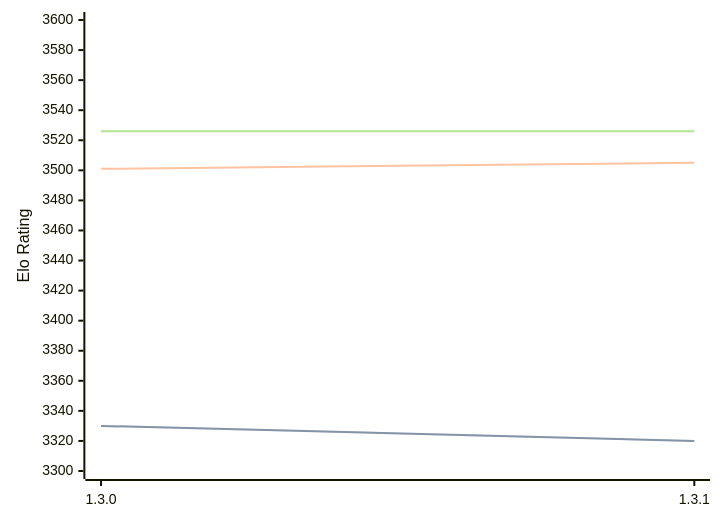
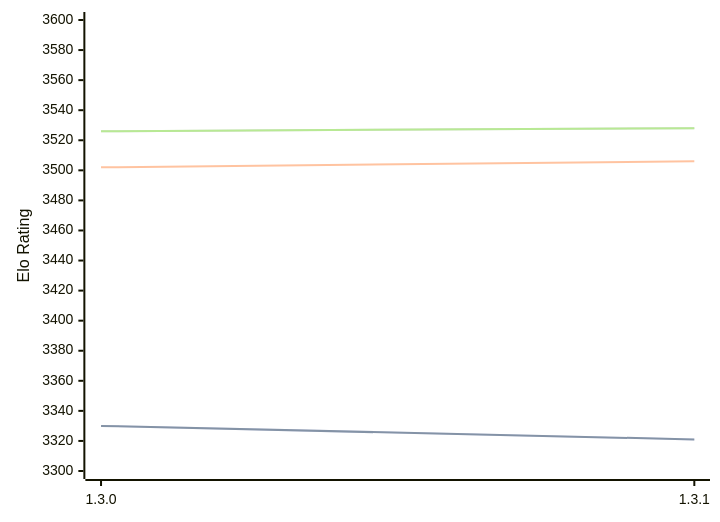
The diagram in engines/Renegade.md (computer-chess-index/cci), drawn with Mermaid before and after one commit. The commit also changed other lines of this file, not shown here.

Commit message:
Update CCI Ratings (ELO VLTC) - 2026-07-24

````diff
--- a/engines/Renegade.md
+++ b/engines/Renegade.md
@@ -42,11 +42,11 @@
 ```mermaid
 %%{init: {"theme":"base","themeVariables":{"seriesColors:['#a3a3a3','#222221','#faa371']}}}%%
 xychart-beta
   x-axis ["1.3.0", "1.3.1"]
   y-axis "Elo Rating" 3300 --> 3600
-  line "STC (8.0+0.08s)" [3330, 3320]
-  line "STC (8.0+0.08s)" [3330, 3320]
-  line "LTC (60.0+0.60s)" [3501, 3505]
-  line "VLTC (2m24s+1.12s)" [3526, 3526]
-  line "VLTC (2m24s+1.12s)" [3526, 3526]
+  line "STC (8.0+0.08s)" [3330, 3321]
+  line "STC (8.0+0.08s)" [3330, 3321]
+  line "LTC (60.0+0.60s)" [3502, 3506]
+  line "VLTC (2m24s+1.12s)" [3526, 3528]
+  line "VLTC (2m24s+1.12s)" [3526, 3528]
 ```
````
